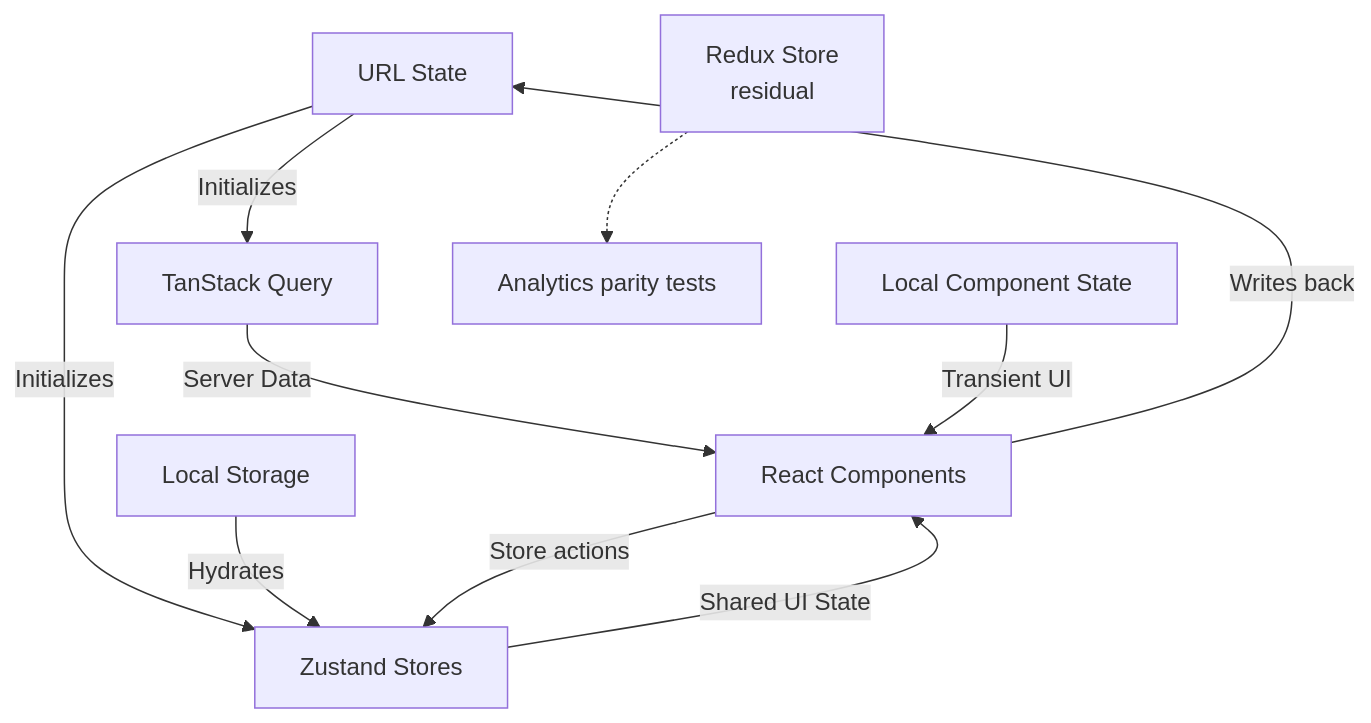
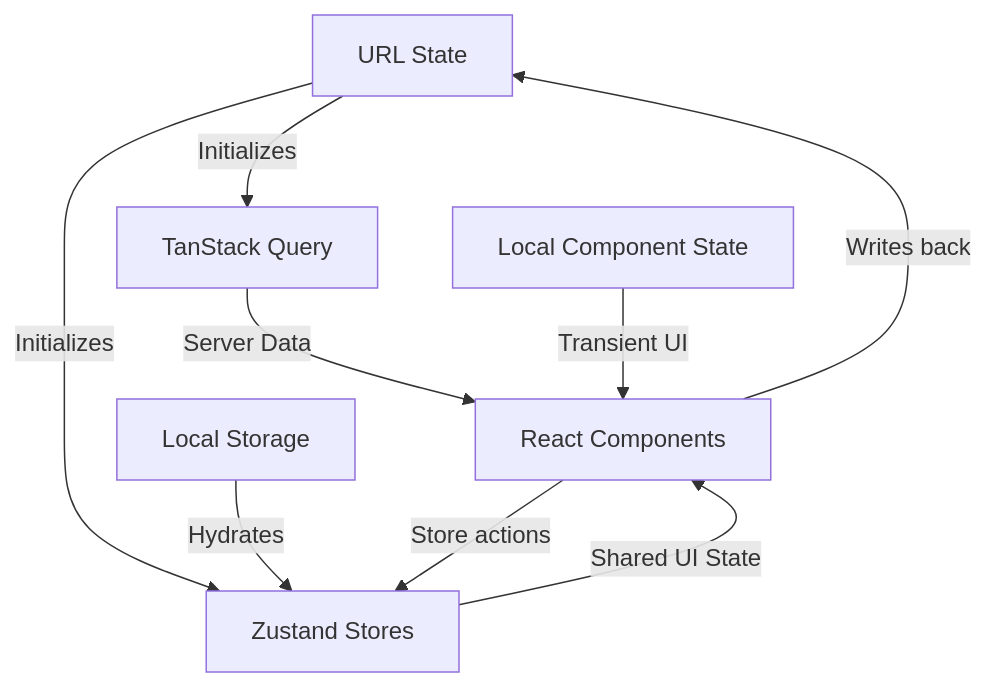
The diagram in docs/adr/0005-current-state-management-architecture.md (jaegertracing/jaeger-ui), drawn with Mermaid before and after one commit. The commit also changed other lines of this file and 18 other files, not shown here.

First line of the commit message:
refactor(timeline): Delete the timeline duck

````diff
--- a/docs/adr/0005-current-state-management-architecture.md
+++ b/docs/adr/0005-current-state-management-architecture.md
@@ -28,12 +28,11 @@
 ```mermaid
 graph TD
     A[URL State] -->|Initializes| C[TanStack Query]
     A -->|Initializes| Z[Zustand Stores]
     D[Local Storage] -->|Hydrates| Z
     C -->|Server Data| E[React Components]
     Z -->|Shared UI State| E
     F[Local Component State] -->|Transient UI| E
-    B[Redux Store<br/>residual] -.-> P[Analytics parity tests]
     E -->|Writes back| A
     E -->|Store actions| Z
 ```
````
